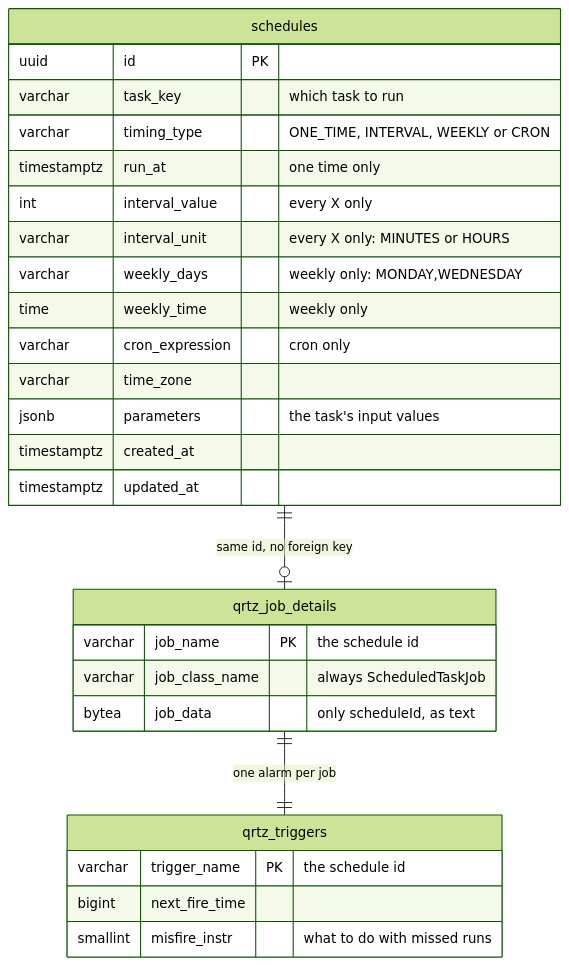
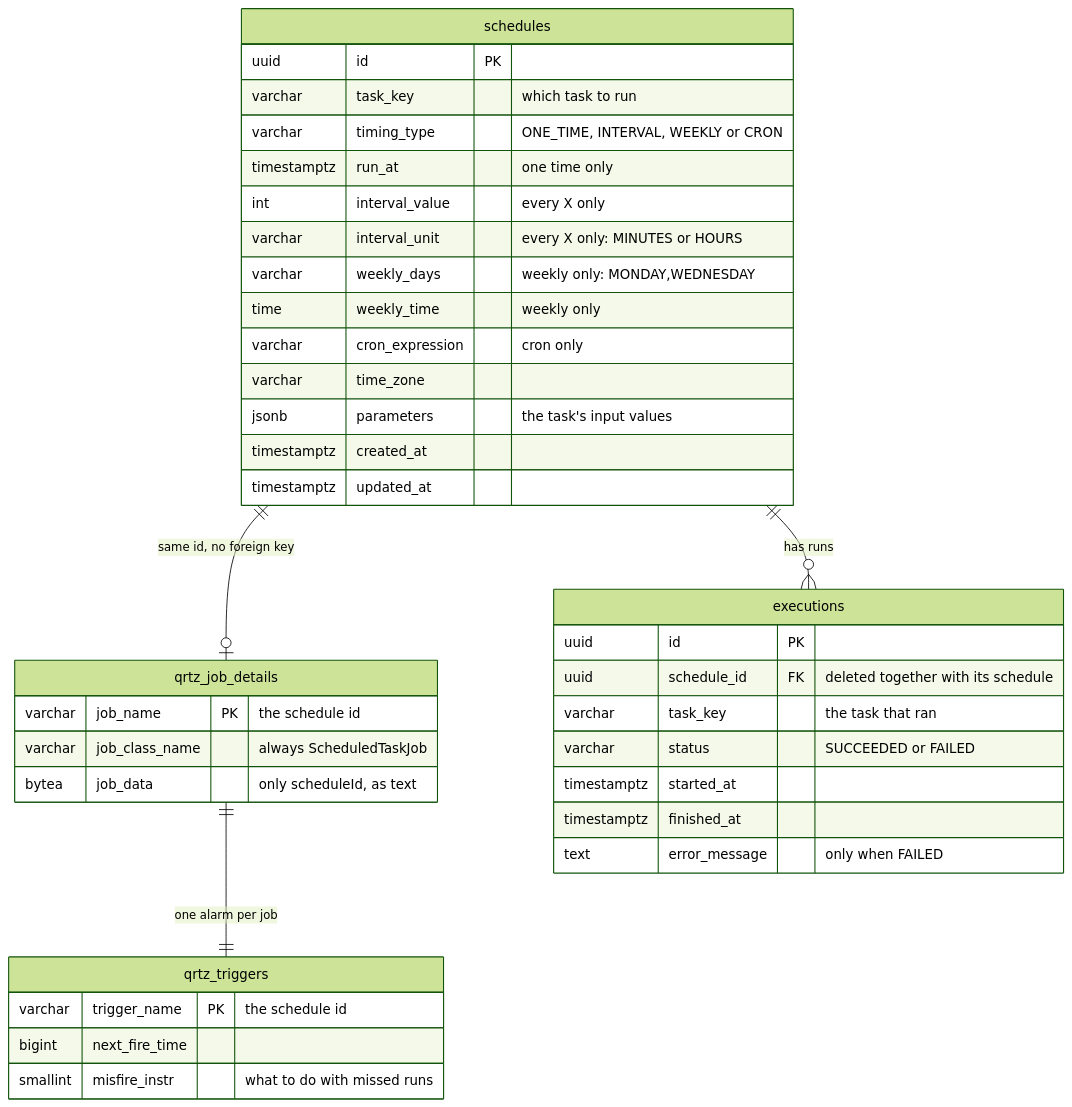
The fifth of 12 diagrams in DESIGN.md (yuvalzel1/scheduling-system), drawn with Mermaid (forest theme) before and after one commit. The commit also changed other lines of this file and 39 other files, not shown here.

First line of the commit message:
Add run history; tighten architecture and database rules; fix review findings

````diff
--- a/DESIGN.md
+++ b/DESIGN.md
@@ -270,30 +306,40 @@
 ```mermaid
 erDiagram
     schedules {
         uuid id PK
         varchar task_key "which task to run"
         varchar timing_type "ONE_TIME, INTERVAL, WEEKLY or CRON"
         timestamptz run_at "one time only"
         int interval_value "every X only"
         varchar interval_unit "every X only: MINUTES or HOURS"
         varchar weekly_days "weekly only: MONDAY,WEDNESDAY"
         time weekly_time "weekly only"
         varchar cron_expression "cron only"
         varchar time_zone
         jsonb parameters "the task's input values"
         timestamptz created_at
         timestamptz updated_at
     }
     qrtz_job_details {
         varchar job_name PK "the schedule id"
         varchar job_class_name "always ScheduledTaskJob"
         bytea job_data "only scheduleId, as text"
     }
     qrtz_triggers {
         varchar trigger_name PK "the schedule id"
         bigint next_fire_time
         smallint misfire_instr "what to do with missed runs"
     }
+    executions {
+        uuid id PK
+        uuid schedule_id FK "deleted together with its schedule"
+        varchar task_key "the task that ran"
+        varchar status "SUCCEEDED or FAILED"
+        timestamptz started_at
+        timestamptz finished_at
+        text error_message "only when FAILED"
+    }
+    schedules ||--o{ executions : "has runs"
     schedules ||--o| qrtz_job_details : "same id, no foreign key"
     qrtz_job_details ||--|| qrtz_triggers : "one alarm per job"
 ```
````
